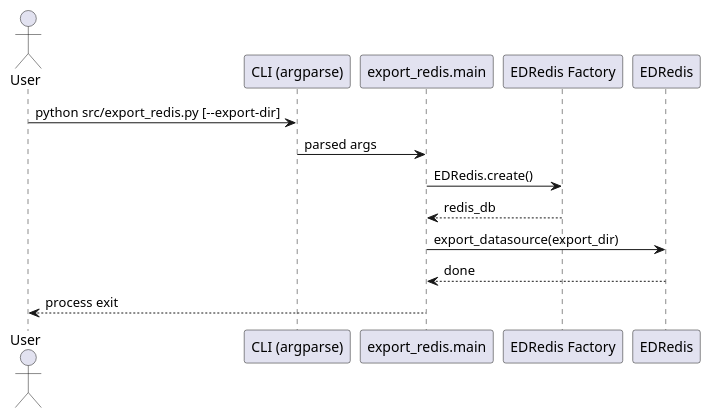
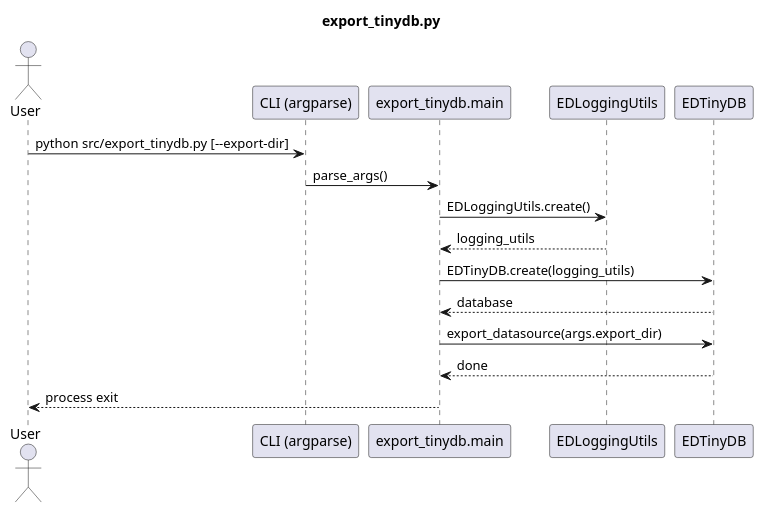
One commit to fazleskhan/elite_dangerous_discord_tools changed the second of 4 diagrams in docs/datastore_transfer_sequences.puml. Above: the diagram before and after it, drawn with PlantUML. The commit also changed other lines of this file and 73 other files, not shown here.

Commit message:
updated diagrams, readme, code comments and blacked source

```diff
--- a/docs/datastore_transfer_sequences.puml
+++ b/docs/datastore_transfer_sequences.puml
@@ -17,15 +21,19 @@
-@startuml export_redis
+@startuml export_tinydb
+title export_tinydb.py
+
 actor User
 participant "CLI (argparse)" as CLI
-participant "export_redis.main" as Main
-participant "EDRedis Factory" as RedisFactory
-participant "EDRedis" as RedisDB
+participant "export_tinydb.main" as Main
+participant "EDLoggingUtils" as Logging
+participant "EDTinyDB" as TinyDB
 
-User -> CLI : python src/export_redis.py [--export-dir]
-CLI -> Main : parsed args
-Main -> RedisFactory : EDRedis.create()
-RedisFactory --> Main : redis_db
-Main -> RedisDB : export_datasource(export_dir)
-RedisDB --> Main : done
+User -> CLI : python src/export_tinydb.py [--export-dir]
+CLI -> Main : parse_args()
+Main -> Logging : EDLoggingUtils.create()
+Logging --> Main : logging_utils
+Main -> TinyDB : EDTinyDB.create(logging_utils)
+TinyDB --> Main : database
+Main -> TinyDB : export_datasource(args.export_dir)
+TinyDB --> Main : done
 Main --> User : process exit
 @enduml
```
